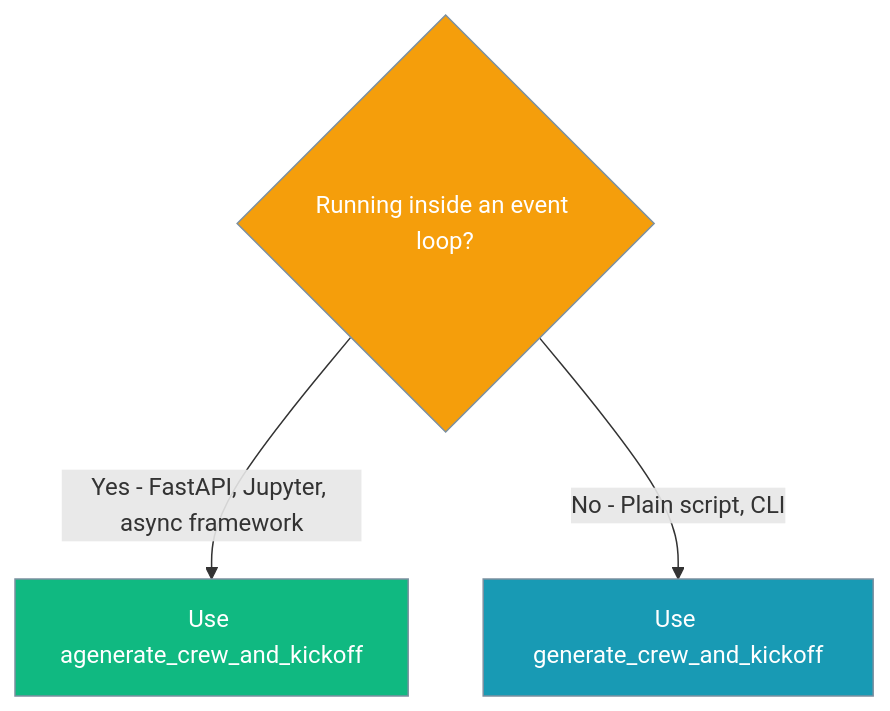
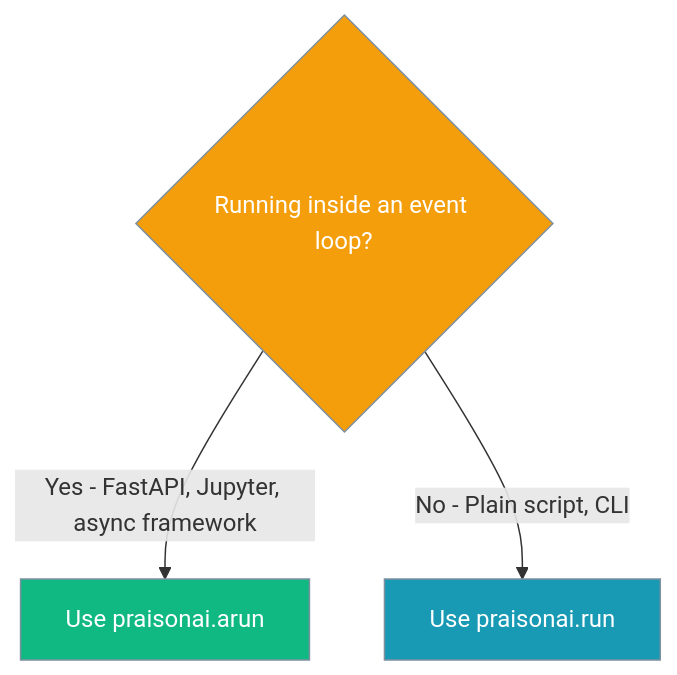
The third of 3 diagrams in docs/features/async-crew-kickoff.mdx (MervinPraison/PraisonAIDocs), drawn with Mermaid before and after one commit. The commit also changed other lines of this file and 4 other files, not shown here.

````diff
--- a/docs/features/async-crew-kickoff.mdx
+++ b/docs/features/async-crew-kickoff.mdx
@@ -93,14 +99,14 @@
 ```mermaid
 graph TB
     A{Running inside an event loop?} 
-    A -->|Yes - FastAPI, Jupyter, async framework| B[Use agenerate_crew_and_kickoff]
-    A -->|No - Plain script, CLI| C[Use generate_crew_and_kickoff]
+    A -->|Yes - FastAPI, Jupyter, async framework| B[Use praisonai.arun]
+    A -->|No - Plain script, CLI| C[Use praisonai.run]
     
     classDef decision fill:#F59E0B,stroke:#7C90A0,color:#fff
     classDef async fill:#10B981,stroke:#7C90A0,color:#fff
     classDef sync fill:#189AB4,stroke:#7C90A0,color:#fff
     
     class A decision
     class B async
     class C sync
 ```
````
